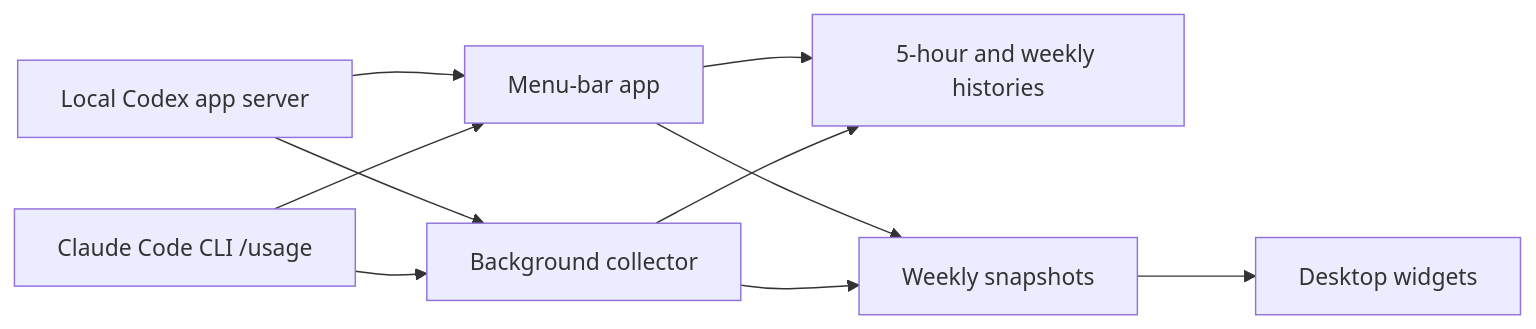
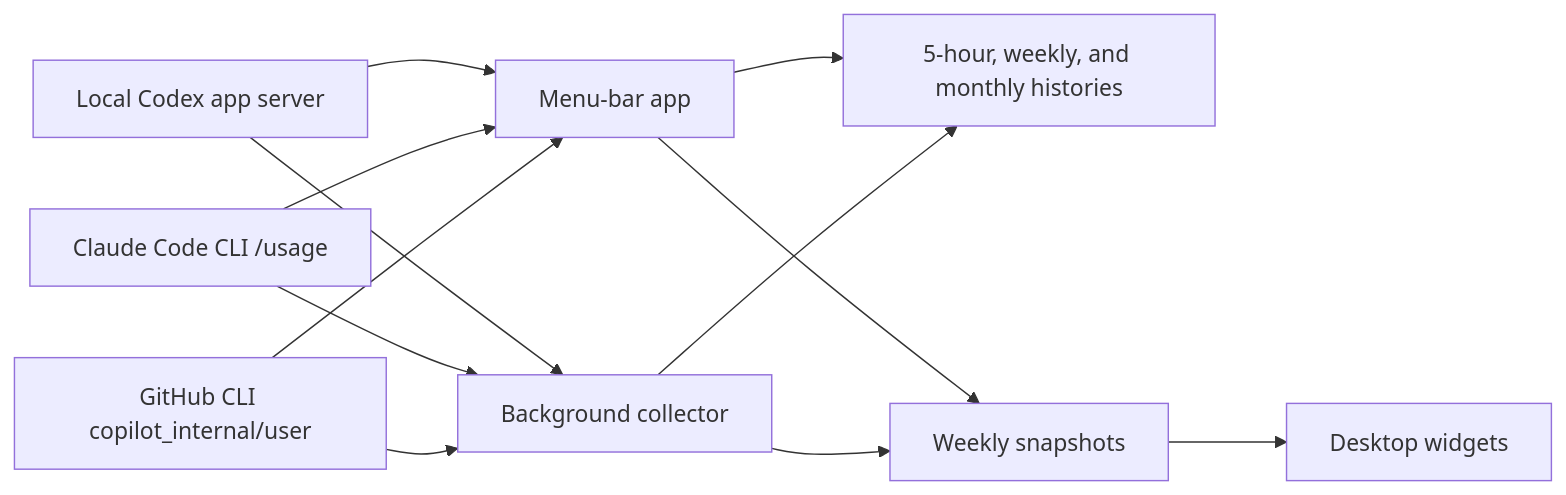
The diagram in README.md (NSErfan/codex-limits), drawn with Mermaid before and after one commit. The commit also changed other lines of this file and 54 other files, not shown here.

First line of the commit message:
Add GitHub Copilot as a third usage provider

````diff
--- a/README.md
+++ b/README.md
@@ -389,12 +424,14 @@
 ```mermaid
 flowchart LR
     CLI[Local Codex app server] --> App[Menu-bar app]
     CLI --> Collector[Background collector]
     Claude[Claude Code CLI /usage] --> App
     Claude --> Collector
-    App --> History[5-hour and weekly histories]
+    GitHub[GitHub CLI copilot_internal/user] --> App
+    GitHub --> Collector
+    App --> History[5-hour, weekly, and monthly histories]
     Collector --> History
     App --> Weekly[Weekly snapshots]
     Collector --> Weekly
     Weekly --> Widgets[Desktop widgets]
 ```
````
